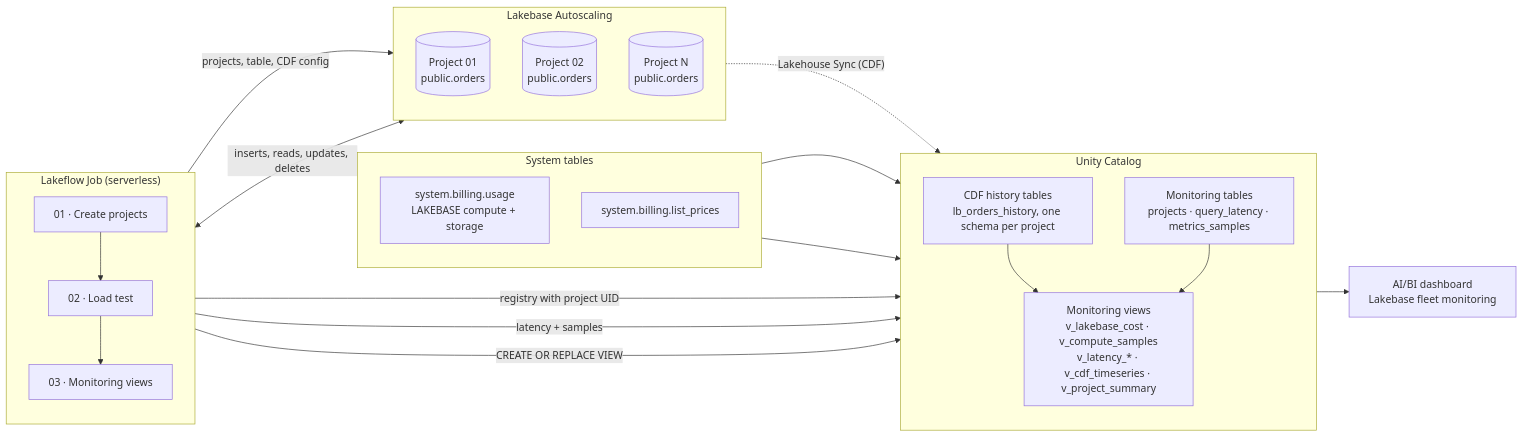
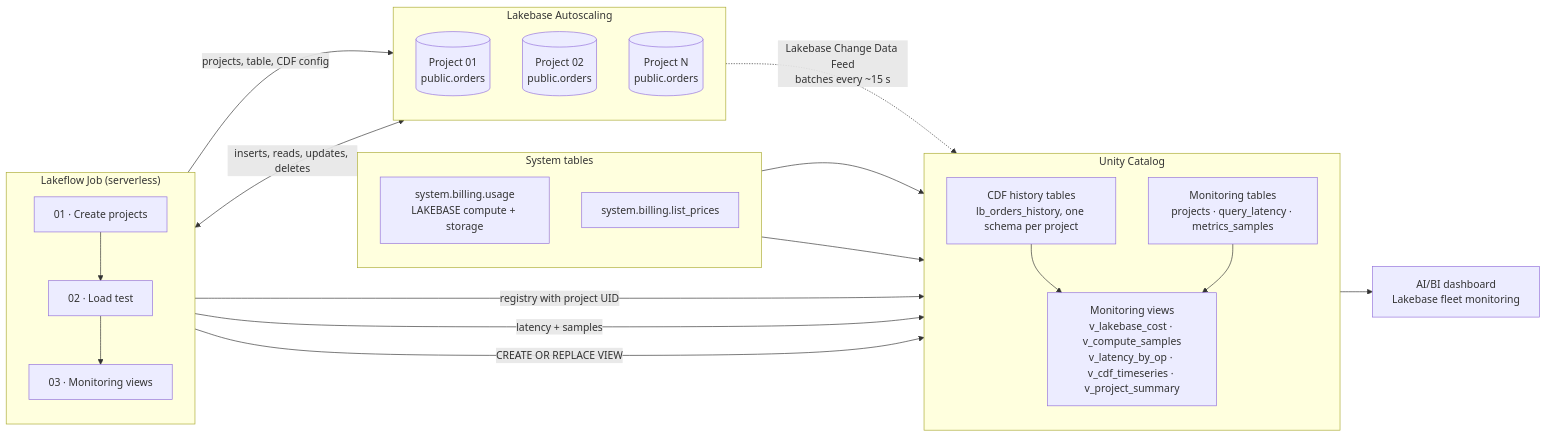
One commit to pedrozanlorensi/lakebase-monitoring-example changed the diagram in README.md. Above: the diagram before and after it, drawn with Mermaid. The commit also changed other lines of this file and 3 other files, not shown here.

First line of the commit message:
Measure CDF replication latency to Delta, cite the Lakebase CDF docs, and trim the dashboard

````diff
--- a/README.md
+++ b/README.md
@@ -36,44 +36,44 @@
 ```mermaid
 flowchart LR
     subgraph JOB["Lakeflow Job (serverless)"]
         direction TB
         N1["01 · Create projects"]
         N2["02 · Load test"]
         N3["03 · Monitoring views"]
         N1 --> N2 --> N3
     end
 
     subgraph LB["Lakebase Autoscaling"]
         direction TB
         P1[("Project 01<br/>public.orders")]
         P2[("Project 02<br/>public.orders")]
         PN[("Project N<br/>public.orders")]
     end
 
     subgraph SYS["System tables"]
         direction TB
         BU["system.billing.usage<br/>LAKEBASE compute + storage"]
         LP["system.billing.list_prices"]
     end
 
     subgraph UC["Unity Catalog"]
         direction TB
         HIST["CDF history tables<br/>lb_orders_history, one schema per project"]
         MON["Monitoring tables<br/>projects · query_latency · metrics_samples"]
-        VIEWS["Monitoring views<br/>v_lakebase_cost · v_compute_samples<br/>v_latency_* · v_cdf_timeseries · v_project_summary"]
+        VIEWS["Monitoring views<br/>v_lakebase_cost · v_compute_samples<br/>v_latency_by_op · v_cdf_timeseries · v_project_summary"]
     end
 
     DASH["AI/BI dashboard<br/>Lakebase fleet monitoring"]
 
     N1 -->|"projects, table, CDF config"| LB
     N1 -->|"registry with project UID"| MON
     N2 <-->|"inserts, reads, updates, deletes"| LB
     N2 -->|"latency + samples"| MON
-    LB -.->|"Lakehouse Sync (CDF)"| HIST
+    LB -.->|"Lakebase Change Data Feed<br/>batches every ~15 s"| HIST
     N3 -->|"CREATE OR REPLACE VIEW"| VIEWS
     BU --> VIEWS
     LP --> VIEWS
     HIST --> VIEWS
     MON --> VIEWS
     VIEWS --> DASH
 ```
````
